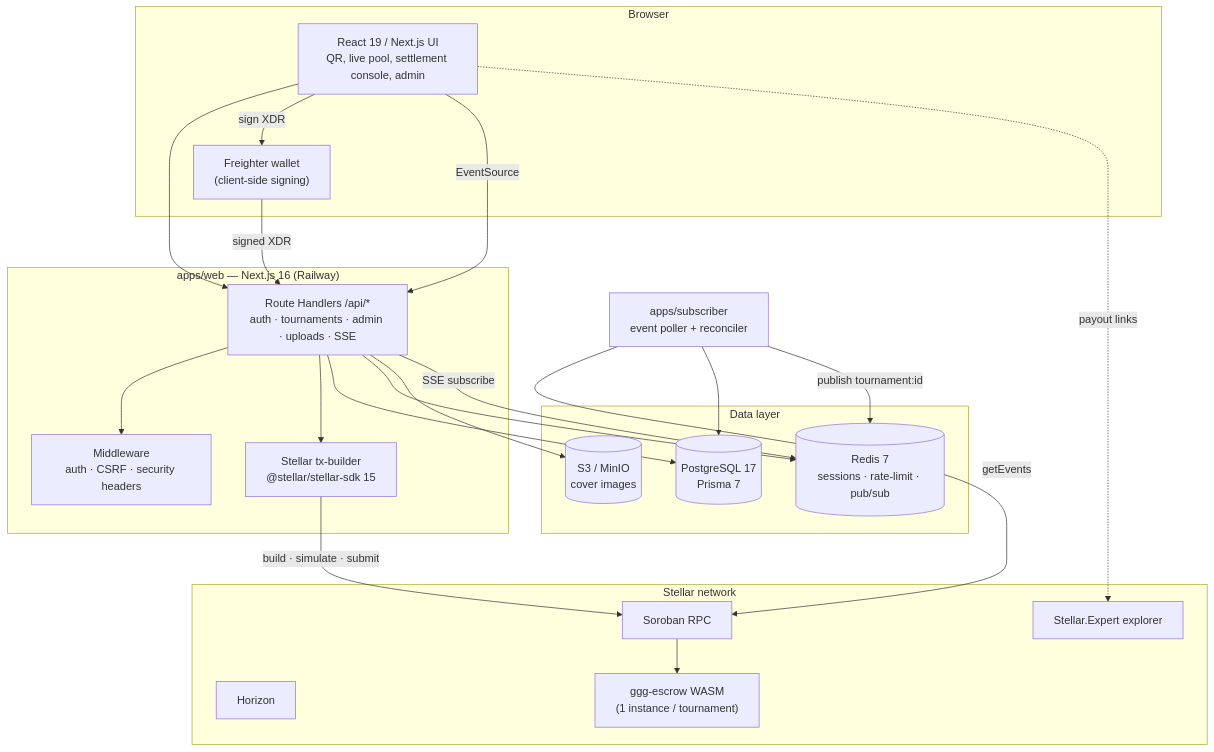
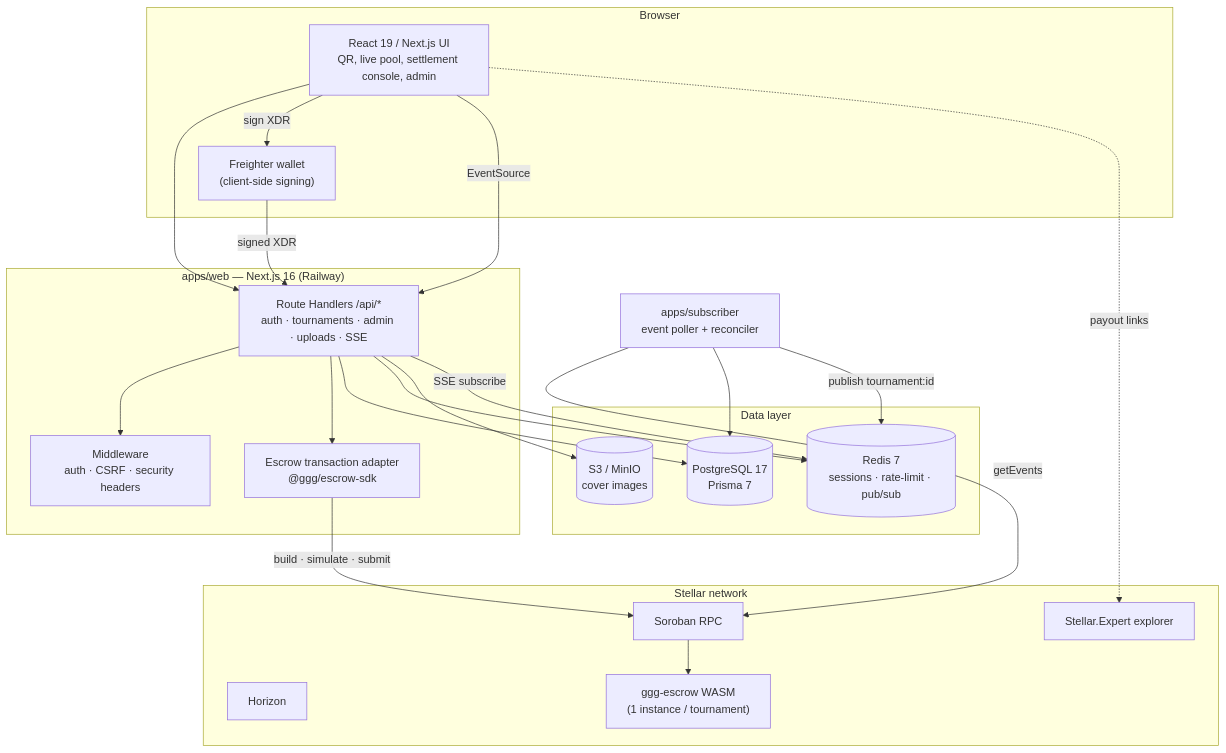
The first of 4 diagrams in README.md (artisam-ggg/ggg), drawn with Mermaid before and after one commit. The commit also changed other lines of this file and 67 other files, not shown here.

Commit message:
feat: use escrow SDK across tournament flows (#224)

````diff
--- a/README.md
+++ b/README.md
@@ -104,45 +104,45 @@
 ```mermaid
 flowchart TD
     subgraph Client["Browser"]
         UI["React 19 / Next.js UI<br/>QR, live pool, settlement console, admin"]
         FR["Freighter wallet<br/>(client-side signing)"]
     end
 
     subgraph Web["apps/web — Next.js 16 (Railway)"]
         RH["Route Handlers /api/*<br/>auth · tournaments · admin · uploads · SSE"]
-        TX["Stellar tx-builder<br/>@stellar/stellar-sdk 15"]
+        TX["Escrow transaction adapter<br/>@ggg/escrow-sdk"]
         MW["Middleware<br/>auth · CSRF · security headers"]
     end
 
     subgraph Data["Data layer"]
         PG[("PostgreSQL 17<br/>Prisma 7")]
         RD[("Redis 7<br/>sessions · rate-limit · pub/sub")]
         S3[("S3 / MinIO<br/>cover images")]
     end
 
     SUB["apps/subscriber<br/>event poller + reconciler"]
 
     subgraph Stellar["Stellar network"]
         RPC["Soroban RPC"]
         HZ["Horizon"]
         ESC["ggg-escrow WASM<br/>(1 instance / tournament)"]
         EXP["Stellar.Expert explorer"]
     end
 
     UI --> RH
     UI -->|"sign XDR"| FR
     FR -->|"signed XDR"| RH
     RH --> MW
     RH --> TX
     RH --> PG
     RH --> RD
     RH --> S3
     TX -->|"build · simulate · submit"| RPC
     RPC --> ESC
     SUB -->|"getEvents"| RPC
     SUB --> PG
     SUB -->|"publish tournament:id"| RD
     RH -->|"SSE subscribe"| RD
     UI -->|"EventSource"| RH
     UI -.->|"payout links"| EXP
 ```
````
